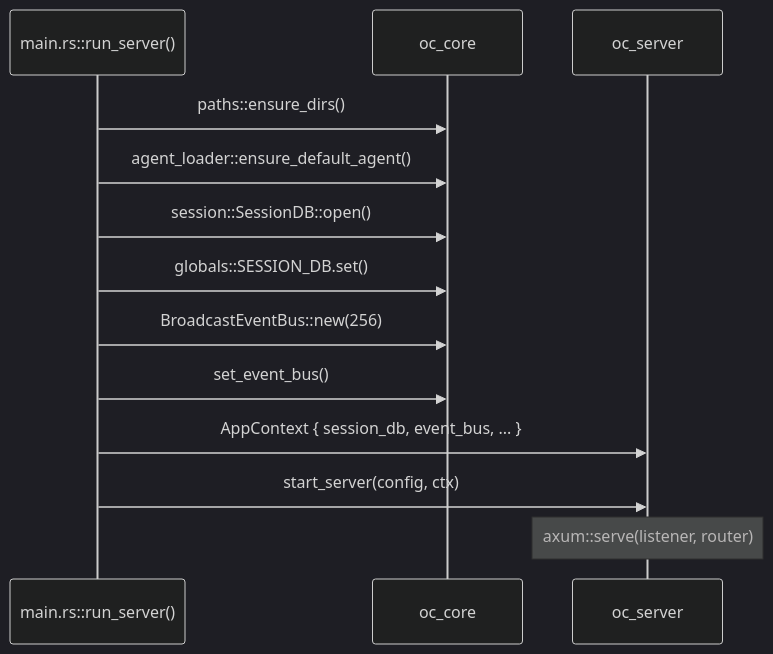
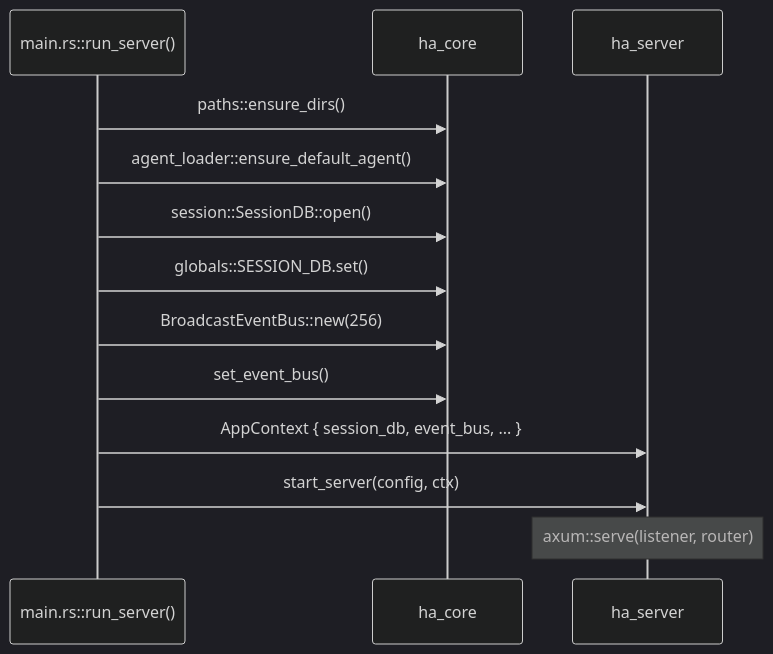
One commit to shiwenwen/hope-agent changed the sixth of 8 diagrams in docs/architecture/backend-separation.md. Above: the diagram before and after it, drawn with Mermaid (dark theme). The commit also changed other lines of this file and 727 other files, not shown here.

````diff
--- a/docs/architecture/backend-separation.md
+++ b/docs/architecture/backend-separation.md
@@ -314,16 +314,16 @@
 ```mermaid
 sequenceDiagram
     participant Main as main.rs::run_server()
-    participant Core as oc_core
-    participant Server as oc_server
+    participant Core as ha_core
+    participant Server as ha_server
 
     Main->>Core: paths::ensure_dirs()
     Main->>Core: agent_loader::ensure_default_agent()
     Main->>Core: session::SessionDB::open()
     Main->>Core: globals::SESSION_DB.set()
     Main->>Core: BroadcastEventBus::new(256)
     Main->>Core: set_event_bus()
     Main->>Server: AppContext { session_db, event_bus, ... }
     Main->>Server: start_server(config, ctx)
     Note over Server: axum::serve(listener, router)
 ```
````
